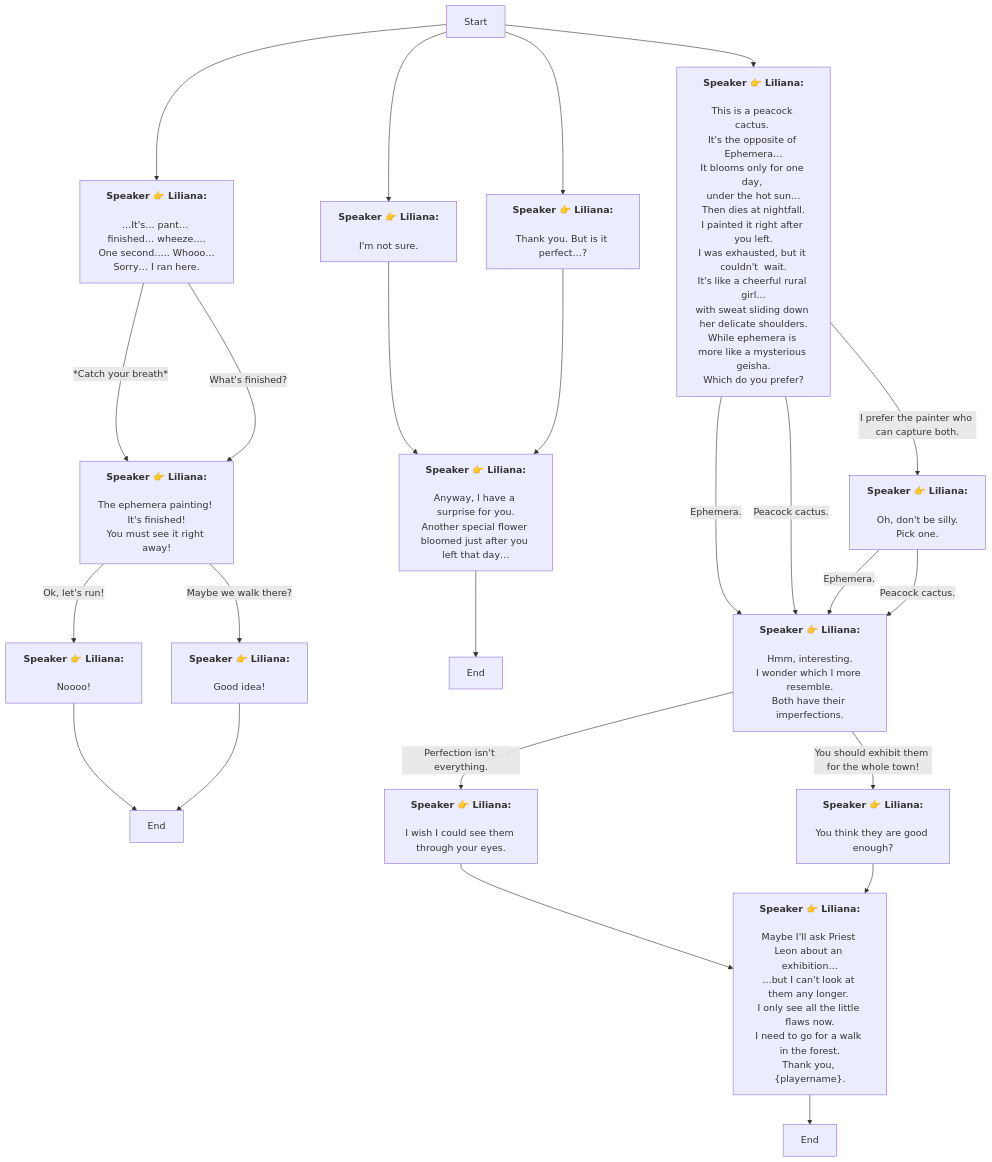
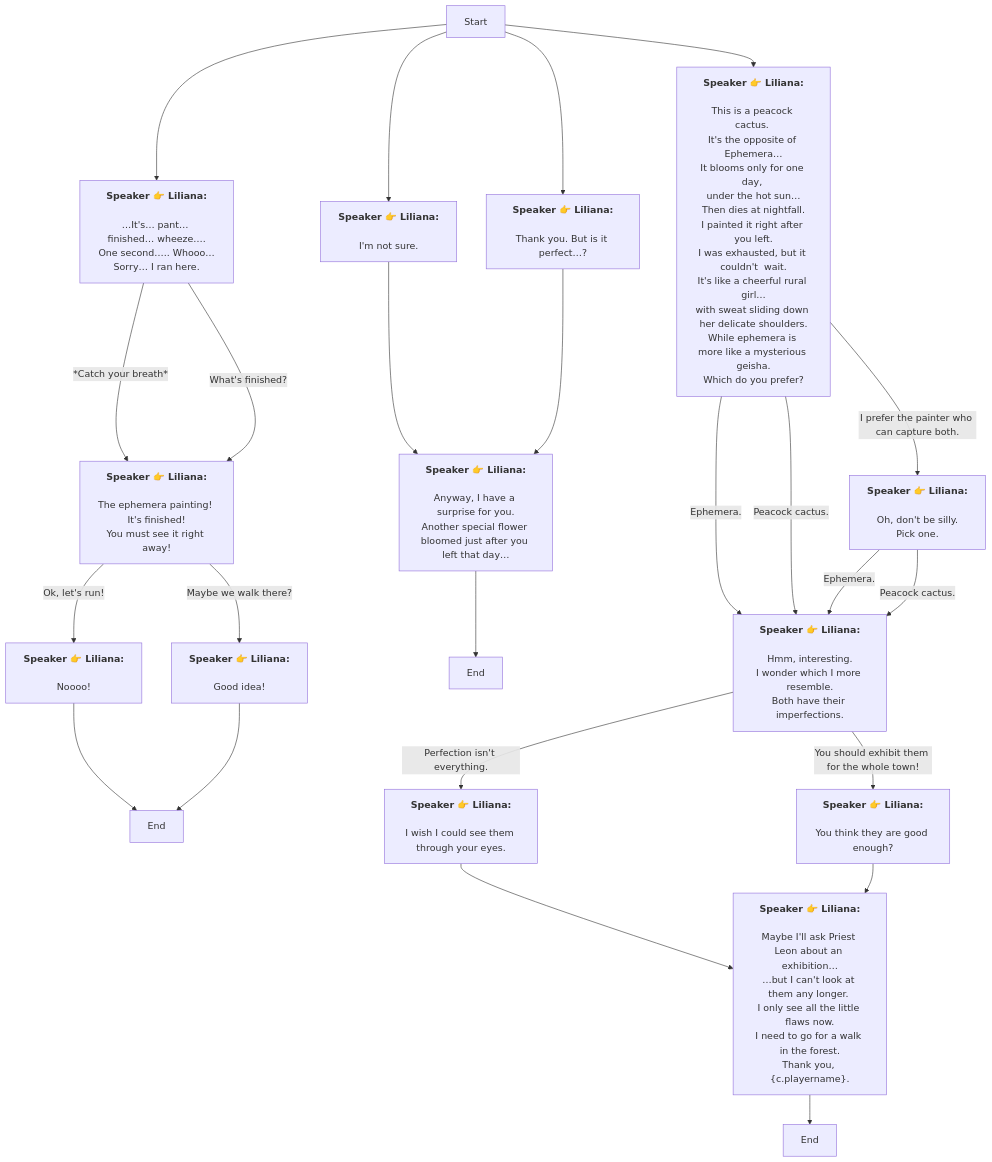
Before and after one commit to SoftHu/tos_avg: the diagram in En/heart_4_2_4_6.md, drawn with Mermaid. The commit also changed 410 other files, not shown here.

````diff
--- a/En/heart_4_2_4_6.md
+++ b/En/heart_4_2_4_6.md
@@ -1,69 +1,69 @@
 ```mermaid
 graph
 Start -->1768789456595545[<b>Speaker 👉 Liliana:</b>
 \n…It's… pant… finished… wheeze….
 One second….. Whooo…
 Sorry… I ran here.]
 1768789456595545 -->|*Catch your breath*|1768789510087263[<b>Speaker 👉 Liliana:</b>
 \nThe ephemera painting! It's finished!
 You must see it right away!]
 1768789456595545 -->|What's finished?|1768789510087263[<b>Speaker 👉 Liliana:</b>
 \nThe ephemera painting! It's finished!
 You must see it right away!]
 1768789510087263 -->|Ok, let's run!|1768789555074661[<b>Speaker 👉 Liliana:</b>
 \nNoooo!]
 1768789510087263 -->|Maybe we walk there?|1768789563720294[<b>Speaker 👉 Liliana:</b>
 \nGood idea!]
 1768789555074661 -->1768789571012199[End]
 1768789563720294 -->1768789571012199[End]
 Start -->1768789629735536[<b>Speaker 👉 Liliana:</b>
 \nI'm not sure.]
 Start -->1768789637396081[<b>Speaker 👉 Liliana:</b>
 \nThank you. But is it perfect…?]
 1768789629735536 -->1768789648189042[<b>Speaker 👉 Liliana:</b>
 \nAnyway, I have a surprise for you.
 Another special flower bloomed just after you left that day…]
 1768789648189042 -->1768789667948147[End]
 1768789637396081 -->1768789648189042[<b>Speaker 👉 Liliana:</b>
 \nAnyway, I have a surprise for you.
 Another special flower bloomed just after you left that day…]
 Start -->1768789682103925[<b>Speaker 👉 Liliana:</b>
 \nThis is a peacock cactus. 
 It's the opposite of Ephemera…\nIt blooms only for one day, 
 under the hot sun…\nThen dies at nightfall.
 I painted it right after you left.
 I was exhausted, but it couldn't  wait.\nIt's like a cheerful rural girl…
 with sweat sliding down her delicate shoulders.
 While ephemera is more like a mysterious geisha.\nWhich do you prefer?]
 1768789682103925 -->|I prefer the painter who can capture both.|1768789777376911[<b>Speaker 👉 Liliana:</b>
 \nOh, don't be silly. 
 Pick one.]
 1768789682103925 -->|Ephemera.|1768789854508697[<b>Speaker 👉 Liliana:</b>
 \nHmm, interesting.\nI wonder which I more resemble.
 Both have their imperfections.]
 1768789682103925 -->|Peacock cactus.|1768789854508697[<b>Speaker 👉 Liliana:</b>
 \nHmm, interesting.\nI wonder which I more resemble.
 Both have their imperfections.]
 1768789777376911 -->|Ephemera.|1768789854508697[<b>Speaker 👉 Liliana:</b>
 \nHmm, interesting.\nI wonder which I more resemble.
 Both have their imperfections.]
 1768789777376911 -->|Peacock cactus.|1768789854508697[<b>Speaker 👉 Liliana:</b>
 \nHmm, interesting.\nI wonder which I more resemble.
 Both have their imperfections.]
 1768789854508697 -->|Perfection isn't everything.|1768789897873055[<b>Speaker 👉 Liliana:</b>
 \nI wish I could see them through your eyes.]
 1768789854508697 -->|You should exhibit them for the whole town!|1768789909116576[<b>Speaker 👉 Liliana:</b>
 \nYou think they are good enough?]
 1768789897873055 -->1768789917893281[<b>Speaker 👉 Liliana:</b>
 \nMaybe I'll ask Priest Leon about an exhibition…
 …but I can't look at them any longer. 
 I only see all the little flaws now.\nI need to go for a walk in the forest.
-Thank you, &lbrace;playername&rbrace;.]
+Thank you, &lbrace;c.playername&rbrace;.]
 1768789917893281 -->1768789958068898[End]
 1768789909116576 -->1768789917893281[<b>Speaker 👉 Liliana:</b>
 \nMaybe I'll ask Priest Leon about an exhibition…
 …but I can't look at them any longer. 
 I only see all the little flaws now.\nI need to go for a walk in the forest.
-Thank you, &lbrace;playername&rbrace;.]
+Thank you, &lbrace;c.playername&rbrace;.]
 
 ```
````
